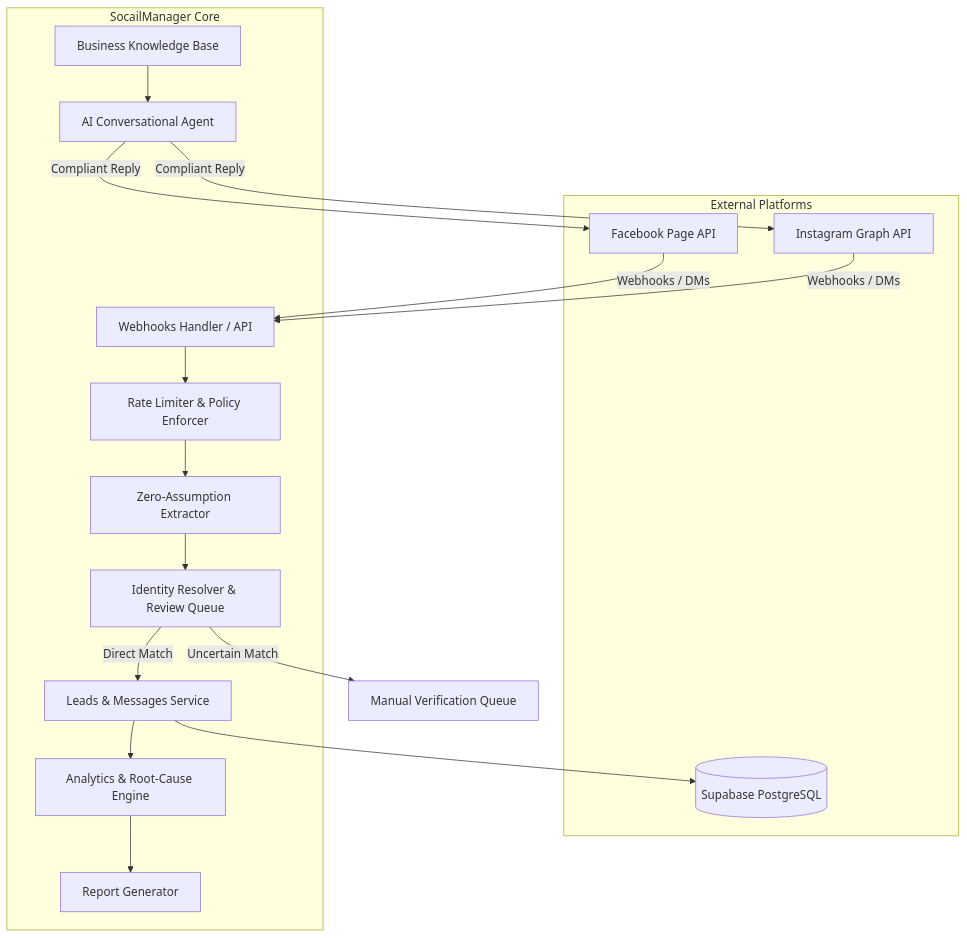
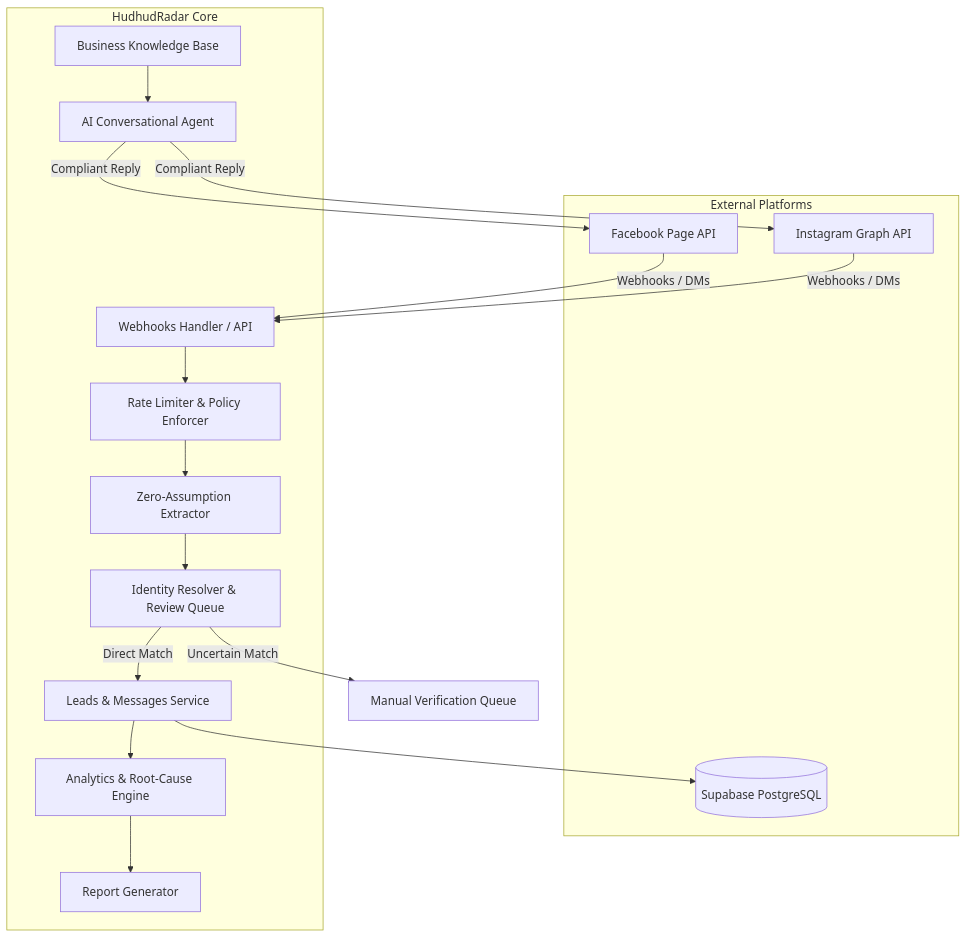
Before and after one commit to karim-abdalwahid/hudhud-radar: the diagram in PROJECT_BRAIN/Architecture/System_Architecture.md, drawn with Mermaid. The commit also changed other lines of this file and 54 other files, not shown here.

Commit message:
refactor: rebrand project internals to HudhudRadar / hudhud-radar

````diff
--- a/PROJECT_BRAIN/Architecture/System_Architecture.md
+++ b/PROJECT_BRAIN/Architecture/System_Architecture.md
@@ -10,34 +10,34 @@
 ```mermaid
 graph TD
     subgraph External Platforms
         FB[Facebook Page API]
         IG[Instagram Graph API]
         SUPA[(Supabase PostgreSQL)]
     end
 
-    subgraph SocailManager Core
+    subgraph HudhudRadar Core
         WH[Webhooks Handler / API]
         SEC[Rate Limiter & Policy Enforcer]
         EXT[Zero-Assumption Extractor]
         IDR[Identity Resolver & Review Queue]
         LDS[Leads & Messages Service]
         KB[Business Knowledge Base]
         AGT[AI Conversational Agent]
         ANL[Analytics & Root-Cause Engine]
         REP[Report Generator]
     end
 
     FB -->|Webhooks / DMs| WH
     IG -->|Webhooks / DMs| WH
     WH --> SEC
     SEC --> EXT
     EXT --> IDR
     IDR -->|Direct Match| LDS
     IDR -->|Uncertain Match| REV[Manual Verification Queue]
     LDS --> SUPA
     KB --> AGT
     AGT -->|Compliant Reply| FB
     AGT -->|Compliant Reply| IG
     LDS --> ANL
     ANL --> REP
 ```
````
